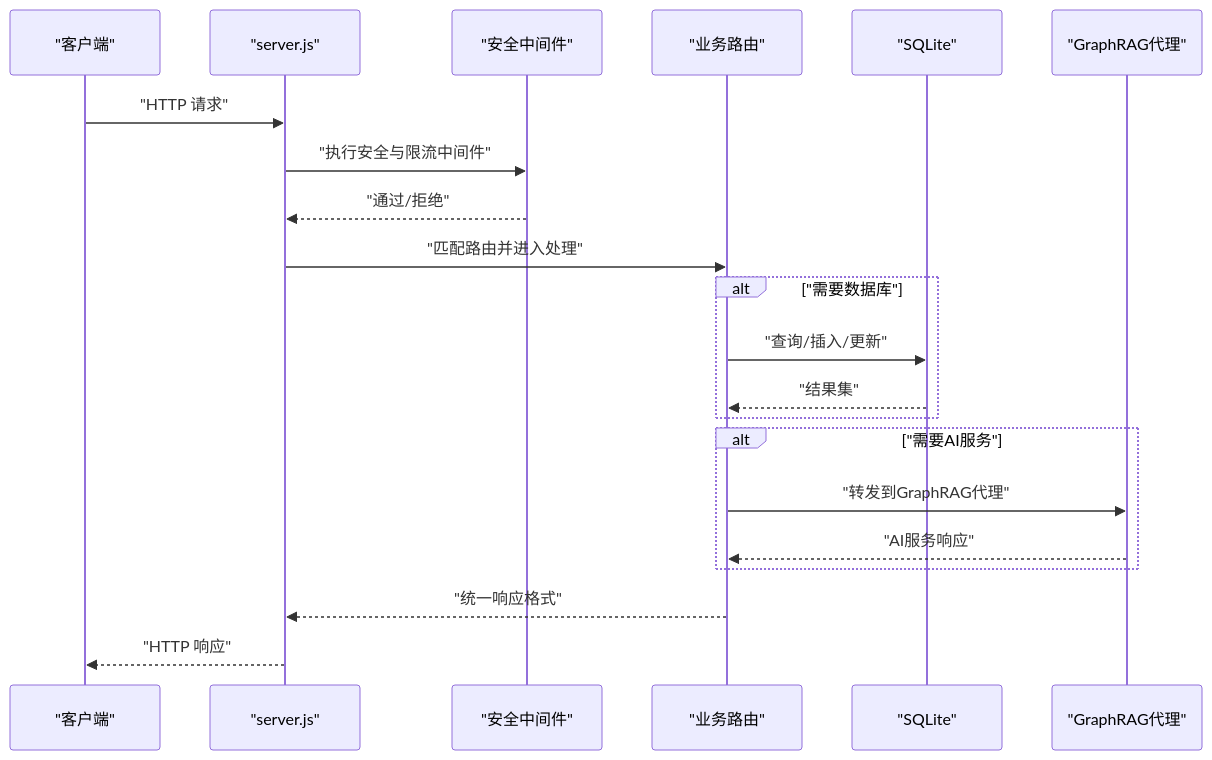
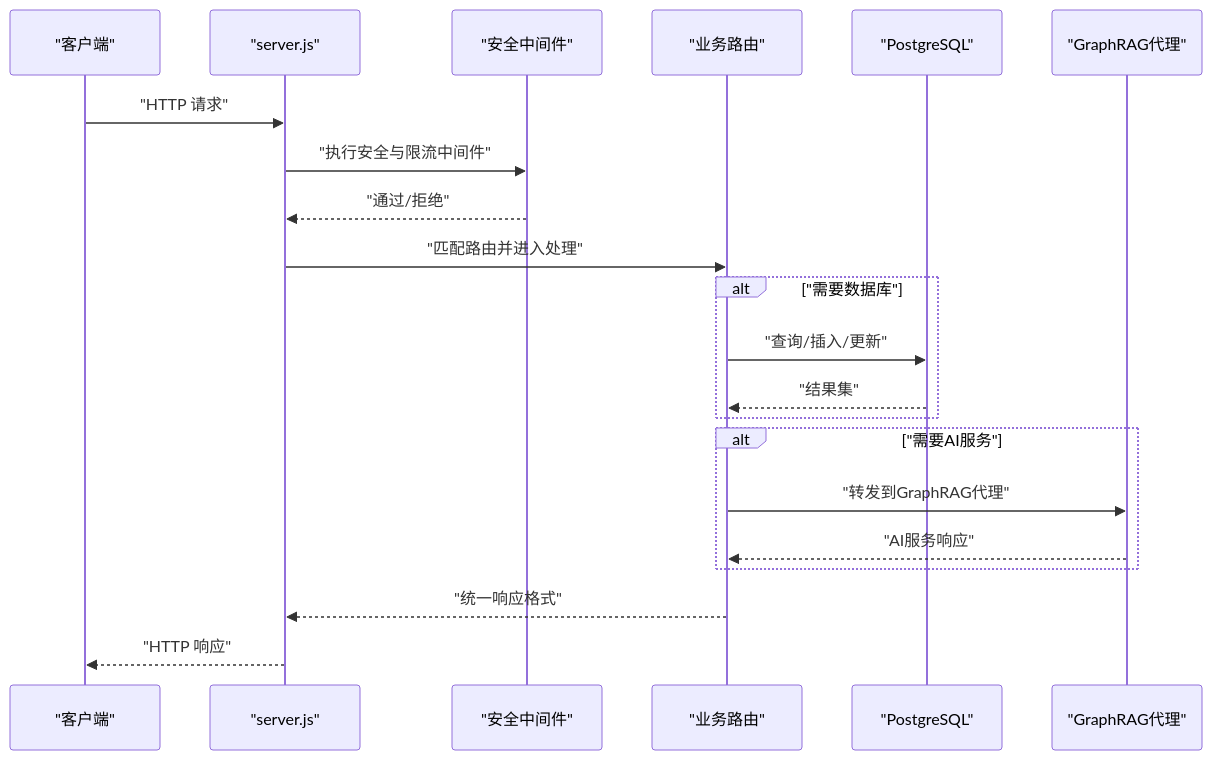
The third of 8 diagrams in .qoder/repowiki/zh/content/系统架构/整体架构设计.md (caoxv0255/aitutor), drawn with Mermaid before and after one commit. The commit also changed other lines of this file and 28 other files, not shown here.

````diff
--- a/.qoder/repowiki/zh/content/系统架构/整体架构设计.md
+++ b/.qoder/repowiki/zh/content/系统架构/整体架构设计.md
@@ -158,23 +158,23 @@
 ```mermaid
 sequenceDiagram
 participant C as "客户端"
 participant S as "server.js"
 participant MW as "安全中间件"
 participant R as "业务路由"
-participant DB as "SQLite"
+participant DB as "PostgreSQL"
 participant G as "GraphRAG代理"
 C->>S : "HTTP 请求"
 S->>MW : "执行安全与限流中间件"
 MW-->>S : "通过/拒绝"
 S->>R : "匹配路由并进入处理"
 alt "需要数据库"
 R->>DB : "查询/插入/更新"
 DB-->>R : "结果集"
 end
 alt "需要AI服务"
 R->>G : "转发到GraphRAG代理"
 G-->>R : "AI服务响应"
 end
 R-->>S : "统一响应格式"
 S-->>C : "HTTP 响应"
 ```
````
